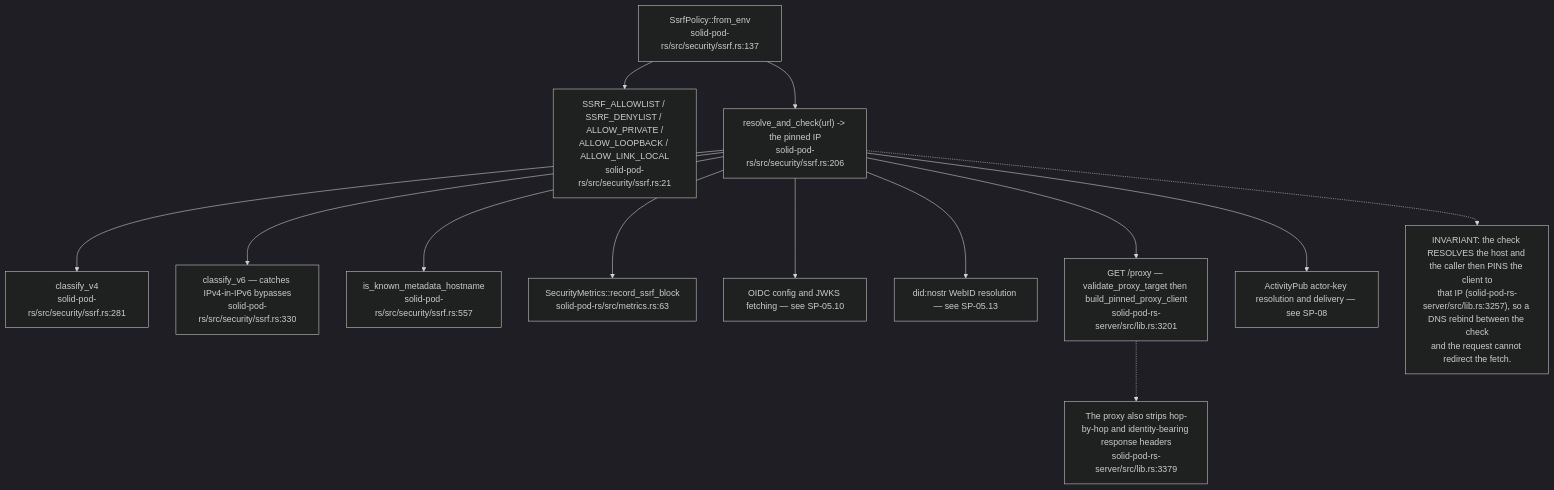
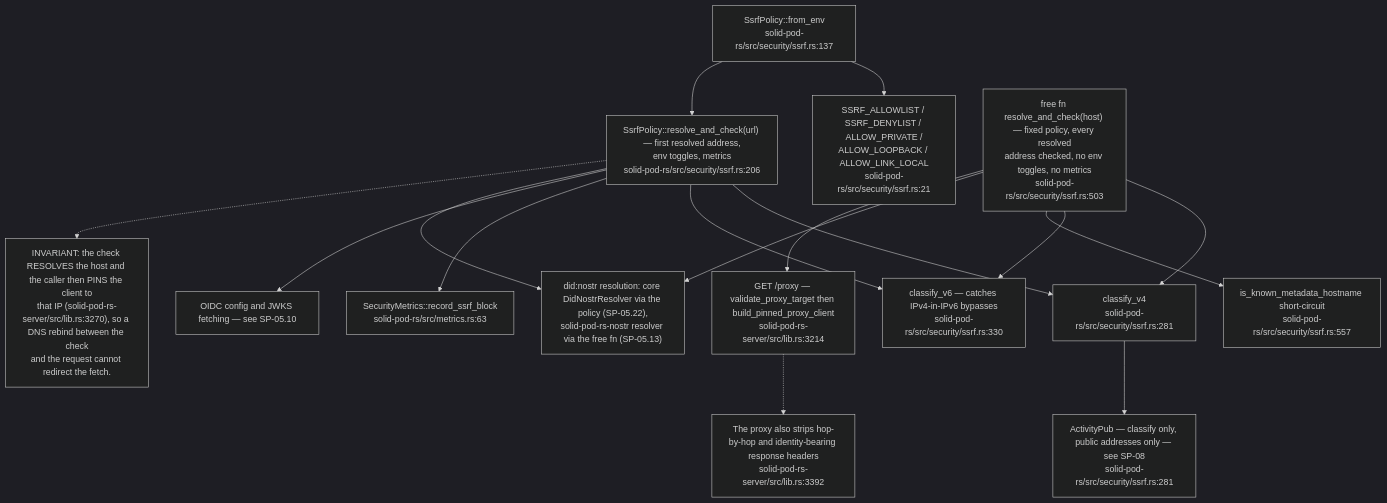
One commit to DreamLab-AI/VisionFlow changed the eighth of 11 diagrams in docs/diagrams/solid-pod-rs/06-storage-quota-and-git-pods.md. Above: the diagram before and after it, drawn with Mermaid (dark theme). The commit also changed other lines of this file and 47 other files, not shown here.

````diff
--- a/docs/diagrams/solid-pod-rs/06-storage-quota-and-git-pods.md
+++ b/docs/diagrams/solid-pod-rs/06-storage-quota-and-git-pods.md
@@ -213,29 +232,33 @@
 ```mermaid
 flowchart TD
     P["SsrfPolicy::from_env<br/>solid-pod-rs/src/security/ssrf.rs:137"]
     ENV["SSRF_ALLOWLIST / SSRF_DENYLIST / ALLOW_PRIVATE /<br/>ALLOW_LOOPBACK / ALLOW_LINK_LOCAL<br/>solid-pod-rs/src/security/ssrf.rs:21"]
-    RC["resolve_and_check(url) -> the pinned IP<br/>solid-pod-rs/src/security/ssrf.rs:206"]
+    RC["SsrfPolicy::resolve_and_check(url) — first resolved address,<br/>env toggles, metrics<br/>solid-pod-rs/src/security/ssrf.rs:206"]
     C4["classify_v4<br/>solid-pod-rs/src/security/ssrf.rs:281"]
     C6["classify_v6 — catches IPv4-in-IPv6 bypasses<br/>solid-pod-rs/src/security/ssrf.rs:330"]
-    META["is_known_metadata_hostname<br/>solid-pod-rs/src/security/ssrf.rs:557"]
+    FREE["free fn resolve_and_check(host) — fixed policy, every resolved<br/>address checked, no env toggles, no metrics<br/>solid-pod-rs/src/security/ssrf.rs:503"]
+    META["is_known_metadata_hostname short-circuit<br/>solid-pod-rs/src/security/ssrf.rs:557"]
     M["SecurityMetrics::record_ssrf_block<br/>solid-pod-rs/src/metrics.rs:63"]
     USE1["OIDC config and JWKS fetching — see SP-05.10"]
-    USE2["did:nostr WebID resolution — see SP-05.13"]
-    USE3["GET /proxy — validate_proxy_target then build_pinned_proxy_client<br/>solid-pod-rs-server/src/lib.rs:3201"]
-    USE4["ActivityPub actor-key resolution and delivery — see SP-08"]
+    USE2["did:nostr resolution: core DidNostrResolver via the policy (SP-05.22),<br/>solid-pod-rs-nostr resolver via the free fn (SP-05.13)"]
+    USE3["GET /proxy — validate_proxy_target then build_pinned_proxy_client<br/>solid-pod-rs-server/src/lib.rs:3214"]
+    USE4["ActivityPub — classify only, public addresses only — see SP-08<br/>solid-pod-rs/src/security/ssrf.rs:281"]
 
     P --> ENV
     P --> RC --> C4
     RC --> C6
-    RC --> META
     RC --> M
+    FREE --> C4
+    FREE --> C6
+    FREE --> META
     RC --> USE1
     RC --> USE2
-    RC --> USE3
-    RC --> USE4
+    FREE --> USE2
+    FREE --> USE3
+    C4 --> USE4
 
-    N["INVARIANT: the check RESOLVES the host and the caller then PINS the client to<br/>that IP (solid-pod-rs-server/src/lib.rs:3257), so a DNS rebind between the check<br/>and the request cannot redirect the fetch."]
+    N["INVARIANT: the check RESOLVES the host and the caller then PINS the client to<br/>that IP (solid-pod-rs-server/src/lib.rs:3270), so a DNS rebind between the check<br/>and the request cannot redirect the fetch."]
     RC -.-> N
-    N2["The proxy also strips hop-by-hop and identity-bearing response headers<br/>solid-pod-rs-server/src/lib.rs:3379"]
+    N2["The proxy also strips hop-by-hop and identity-bearing response headers<br/>solid-pod-rs-server/src/lib.rs:3392"]
     USE3 -.-> N2
 ```
````
